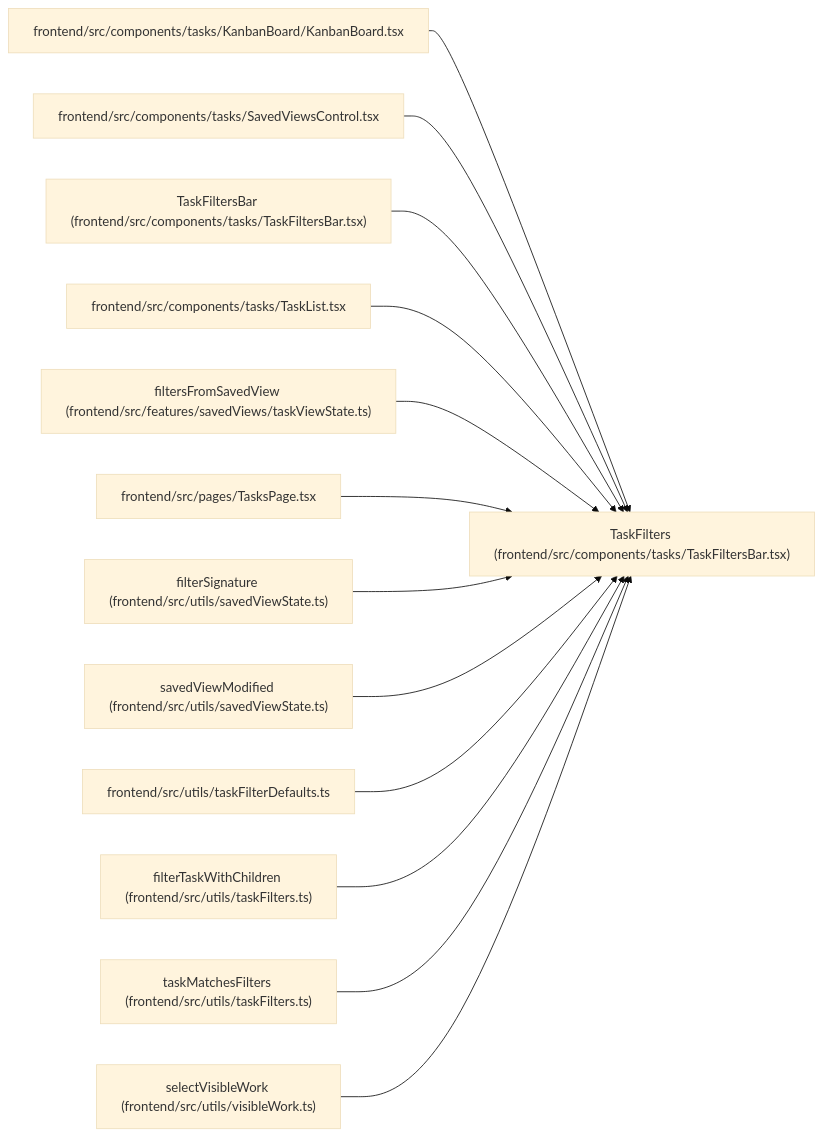
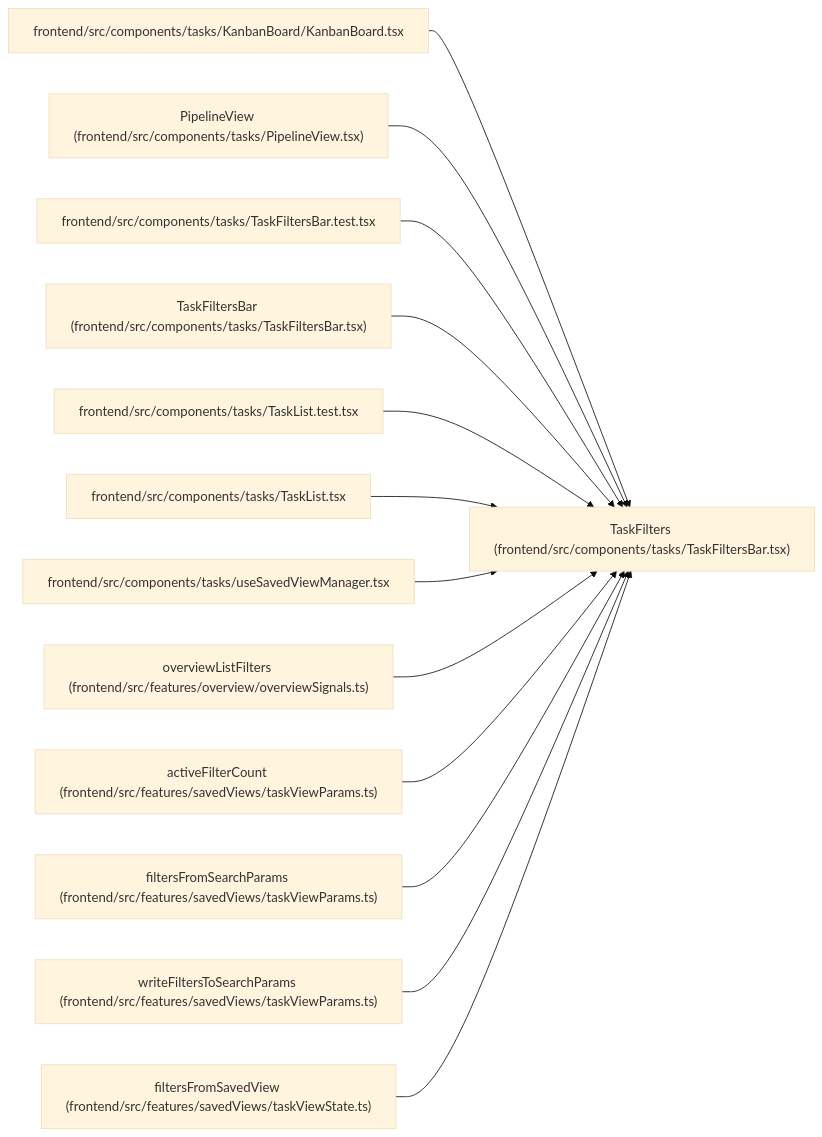
Before and after one commit to Denissvgn/WorkChord: the diagram in docs/llm_wiki/entities/TaskFilters.md, drawn with Mermaid (base theme). The commit also changed other lines of this file and 2373 other files, not shown here.

````diff
--- a/docs/llm_wiki/entities/TaskFilters.md
+++ b/docs/llm_wiki/entities/TaskFilters.md
@@ -40,41 +42,41 @@
 ```mermaid
 flowchart LR
     n0["TaskFilters (frontend/src/components/tasks/TaskFiltersBar.tsx)"]
     n1["frontend/src/components/tasks/KanbanBoard/KanbanBoard.tsx"]
-    n2["frontend/src/components/tasks/SavedViewsControl.tsx"]
-    n3["TaskFiltersBar (frontend/src/components/tasks/TaskFiltersBar.tsx)"]
-    n4["frontend/src/components/tasks/TaskList.tsx"]
-    n5["filtersFromSavedView (frontend/src/features/savedViews/taskViewState.ts)"]
-    n6["frontend/src/pages/TasksPage.tsx"]
-    n7["filterSignature (frontend/src/utils/savedViewState.ts)"]
-    n8["savedViewModified (frontend/src/utils/savedViewState.ts)"]
-    n9["frontend/src/utils/taskFilterDefaults.ts"]
-    n10["filterTaskWithChildren (frontend/src/utils/taskFilters.ts)"]
-    n11["taskMatchesFilters (frontend/src/utils/taskFilters.ts)"]
-    n12["selectVisibleWork (frontend/src/utils/visibleWork.ts)"]
+    n2["PipelineView (frontend/src/components/tasks/PipelineView.tsx)"]
+    n3["frontend/src/components/tasks/TaskFiltersBar.test.tsx"]
+    n4["TaskFiltersBar (frontend/src/components/tasks/TaskFiltersBar.tsx)"]
+    n5["frontend/src/components/tasks/TaskList.test.tsx"]
+    n6["frontend/src/components/tasks/TaskList.tsx"]
+    n7["frontend/src/components/tasks/useSavedViewManager.tsx"]
+    n8["overviewListFilters (frontend/src/features/overview/overviewSignals.ts)"]
+    n9["activeFilterCount (frontend/src/features/savedViews/taskViewParams.ts)"]
+    n10["filtersFromSearchParams (frontend/src/features/savedViews/taskViewParams.ts)"]
+    n11["writeFiltersToSearchParams (frontend/src/features/savedViews/taskViewParams.ts)"]
+    n12["filtersFromSavedView (frontend/src/features/savedViews/taskViewState.ts)"]
     n1 --> n0
     n2 --> n0
     n3 --> n0
     n4 --> n0
     n5 --> n0
     n6 --> n0
     n7 --> n0
     n8 --> n0
     n9 --> n0
     n10 --> n0
     n11 --> n0
     n12 --> n0
     click n0 "../modules/TaskFiltersBar.md"
     click n1 "../modules/KanbanBoard.md"
-    click n2 "../modules/SavedViewsControl.md"
-    click n3 "../modules/TaskFiltersBar.md"
-    click n4 "../modules/TaskList.md"
-    click n5 "../modules/taskViewState.md"
-    click n6 "../modules/TasksPage.md"
-    click n7 "../modules/savedViewState.md"
-    click n8 "../modules/savedViewState.md"
-    click n9 "../modules/taskFilterDefaults.md"
-    click n10 "../modules/taskFilters.md"
-    click n11 "../modules/taskFilters.md"
-    click n12 "../modules/visibleWork.md"
+    click n2 "../modules/PipelineView.md"
+    click n3 "../modules/TaskFiltersBar.test.md"
+    click n4 "../modules/TaskFiltersBar.md"
+    click n5 "../modules/TaskList.test.md"
+    click n6 "../modules/TaskList.md"
+    click n7 "../modules/useSavedViewManager.md"
+    click n8 "../modules/overviewSignals.md"
+    click n9 "../modules/taskViewParams.md"
+    click n10 "../modules/taskViewParams.md"
+    click n11 "../modules/taskViewParams.md"
+    click n12 "../modules/taskViewState.md"
 ```
````
